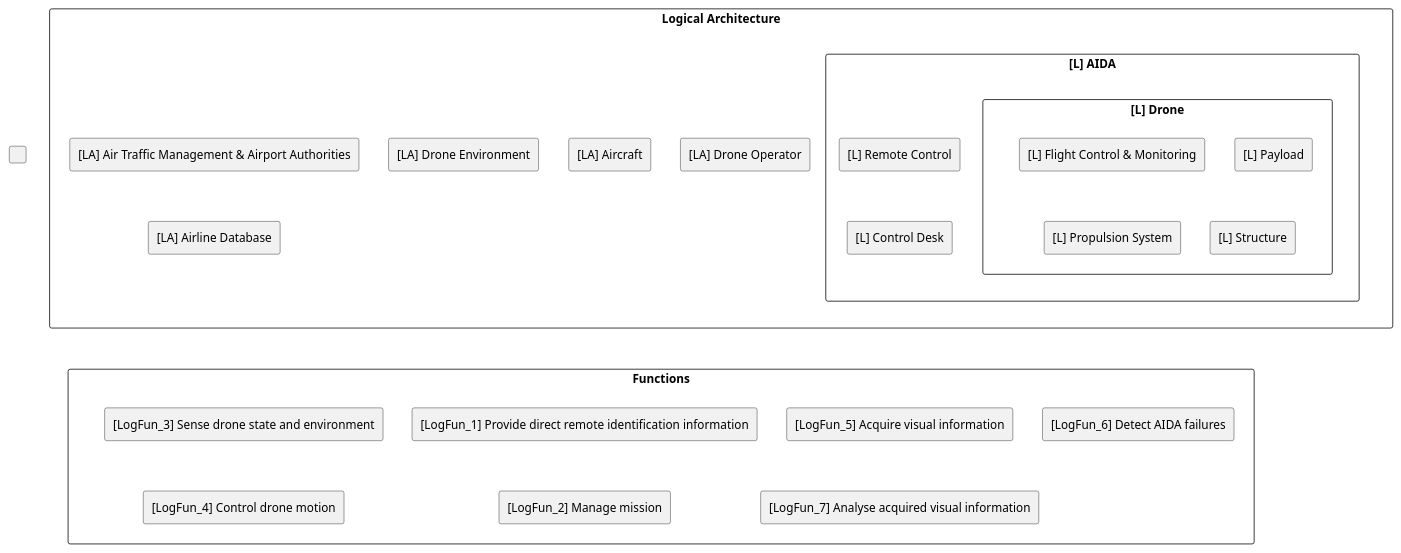
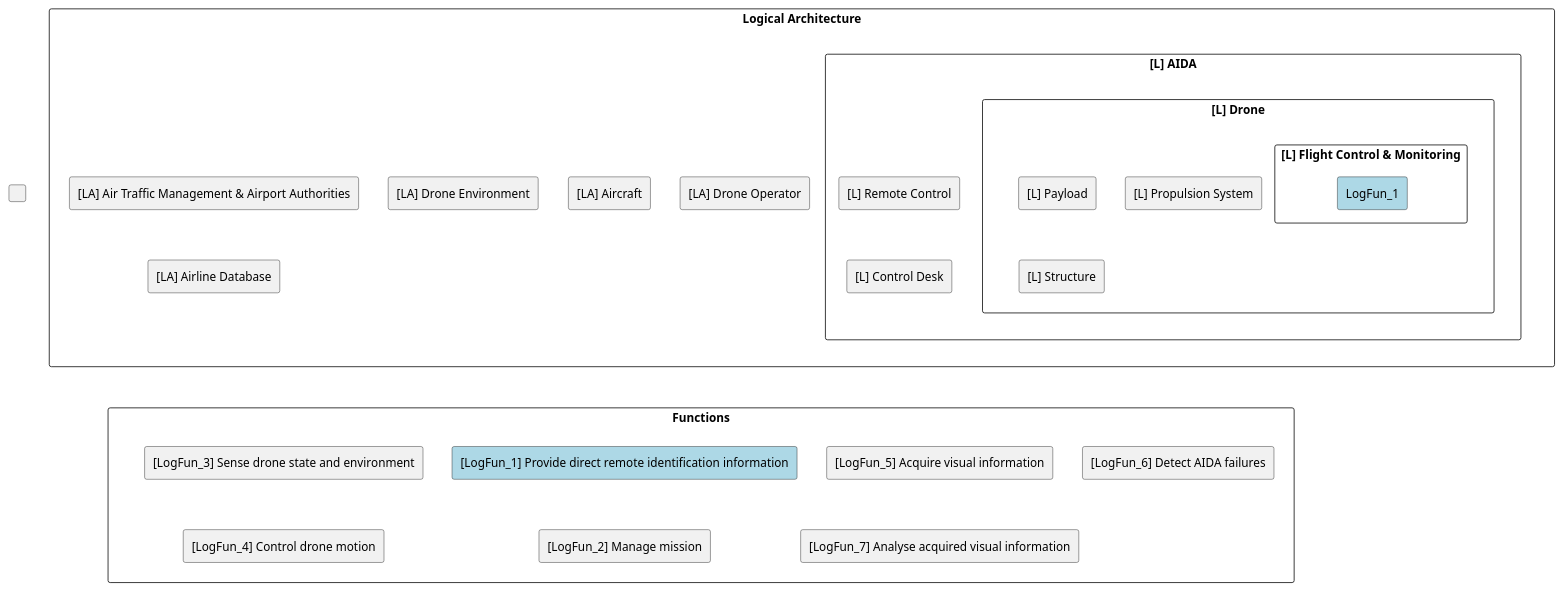
The diagram in DroneDevelopment.plantuml (nidhal-selmi/DeciMaLExample), drawn with PlantUML before and after one commit.

Commit message:
Assigned Logical Functions 1

```diff
--- a/DroneDevelopment.plantuml
+++ b/DroneDevelopment.plantuml
@@ -1,39 +1,41 @@
 @startuml
 !pragma useVerticalIf on        
 rectangle LA as "Logical Architecture" {
     rectangle "[L] AIDA" {
         rectangle "[L] Drone" as Drone {
-            rectangle FlightControl as "[L] Flight Control & Monitoring"
+            rectangle FlightControl as "[L] Flight Control & Monitoring" {
+                rectangle "LogFun_1" #lightblue
+            }
             rectangle PL as "[L] Payload"
             rectangle PS as "[L] Propulsion System"
             rectangle STR as "[L] Structure"
         }
         rectangle DESK as "[L] Control Desk"
         rectangle REMOTE as "[L] Remote Control"
     }
 DESK -[hidden]u-> REMOTE
     rectangle OP as "[LA] Drone Operator"
     rectangle MGMNT as "[LA] Air Traffic Management & Airport Authorities"
     rectangle ENV as "[LA] Drone Environment"
     rectangle AC as "[LA] Aircraft"
     rectangle DTBS as "[LA] Airline Database"
 }
 
 rectangle "Functions" as Functions {
-    rectangle LF1 as "[LogFun_1] Provide direct remote identification information"
+    rectangle LF1 as "[LogFun_1] Provide direct remote identification information" #lightblue
     rectangle LF2 as "[LogFun_2] Manage mission"
     rectangle LF3 as "[LogFun_3] Sense drone state and environment"
     rectangle LF4 as "[LogFun_4] Control drone motion"
     rectangle LF5 as "[LogFun_5] Acquire visual information"
     rectangle LF6 as "[LogFun_6] Detect AIDA failures"
     rectangle LF7 as "[LogFun_7] Analyse acquired visual information"
 }
 LF1 -[hidden]d-> LF2
 LF3 -[hidden]d-> LF4
 rectangle HELP as " "
-HELP -[hidden] LA
-HELP -[hidden] Functions
+HELP -[hidden]r-> LA
+HELP -[hidden]r-> Functions
 LA --[hidden]d--> Functions
 Drone -[hidden]l-> OP
 AC -[hidden]l-> Drone
 @enduml
```
